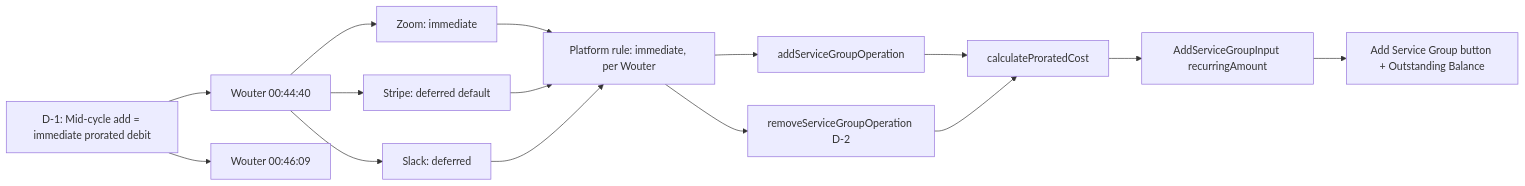
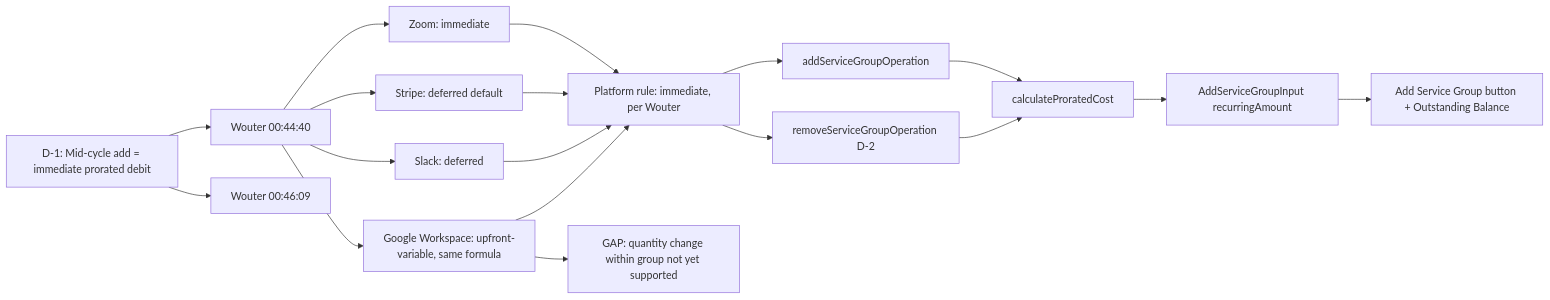
Before and after one commit to powerhouse-inc/service-offering: the diagram in BA_Input/d1-proration-charge-timing-traceability.md, drawn with Mermaid. The commit also changed other lines of this file and 43 other files, not shown here.

````diff
--- a/BA_Input/d1-proration-charge-timing-traceability.md
+++ b/BA_Input/d1-proration-charge-timing-traceability.md
@@ -5,30 +5,35 @@
 ```mermaid
 flowchart LR
     RULE["D-1: Mid-cycle add = immediate prorated debit"]
     SRC1["Wouter 00:44:40"]
     SRC2["Wouter 00:46:09"]
     VAL_ZOOM["Zoom: immediate"]
     VAL_STRIPE["Stripe: deferred default"]
     VAL_SLACK["Slack: deferred"]
+    VAL_GOOG["Google Workspace: upfront-variable, same formula"]
     DECISION["Platform rule: immediate, per Wouter"]
     RED1["addServiceGroupOperation"]
     RED2["removeServiceGroupOperation D-2"]
     UTIL["calculateProratedCost"]
     SCHEMA["AddServiceGroupInput recurringAmount"]
     EDITOR["Add Service Group button + Outstanding Balance"]
+    GAP["GAP: quantity change within group not yet supported"]
 
     RULE --> SRC1
     RULE --> SRC2
     SRC1 --> VAL_ZOOM
     SRC1 --> VAL_STRIPE
     SRC1 --> VAL_SLACK
+    SRC1 --> VAL_GOOG
     VAL_ZOOM --> DECISION
     VAL_STRIPE --> DECISION
     VAL_SLACK --> DECISION
+    VAL_GOOG --> DECISION
+    VAL_GOOG --> GAP
     DECISION --> RED1
     DECISION --> RED2
     RED1 --> UTIL
     RED2 --> UTIL
     UTIL --> SCHEMA
     SCHEMA --> EDITOR
 ```
````
